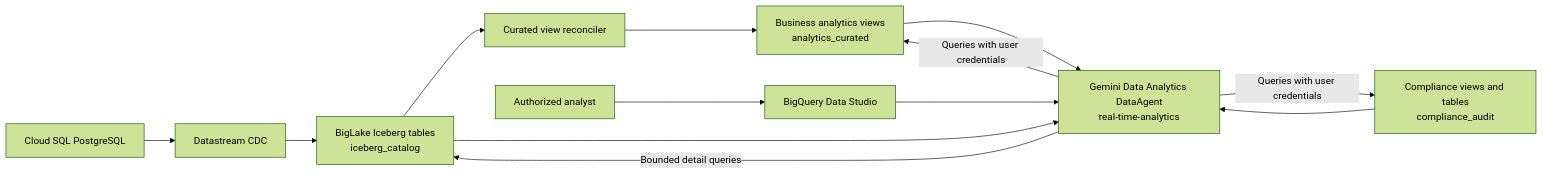
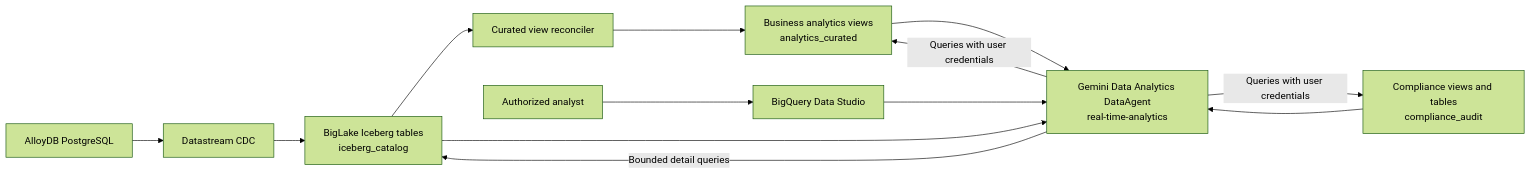
The first of 2 diagrams in docs/architecture/data-platform/real_time_analytics_agent_architecture.md (GoogleCloudPlatform/fsi-gecx-bundle), drawn with Mermaid (forest theme) before and after one commit. The commit also changed other lines of this file and 15 other files, not shown here.

````diff
--- a/docs/architecture/data-platform/real_time_analytics_agent_architecture.md
+++ b/docs/architecture/data-platform/real_time_analytics_agent_architecture.md
@@ -24,25 +24,25 @@
 ```mermaid
 flowchart LR
-    CloudSQL["Cloud SQL PostgreSQL"]
+    AlloyDB["AlloyDB PostgreSQL"]
     Datastream["Datastream CDC"]
     Iceberg["BigLake Iceberg tables<br/>iceberg_catalog"]
     Audit["Compliance views and tables<br/>compliance_audit"]
     Reconciler["Curated view reconciler"]
     Curated["Business analytics views<br/>analytics_curated"]
     Agent["Gemini Data Analytics DataAgent<br/>real-time-analytics"]
     Studio["BigQuery Data Studio"]
     User["Authorized analyst"]
 
-    CloudSQL --> Datastream
+    AlloyDB --> Datastream
     Datastream --> Iceberg
     Iceberg --> Reconciler
     Reconciler --> Curated
     Iceberg --> Agent
     Audit --> Agent
     Curated --> Agent
     User --> Studio
     Studio --> Agent
     Agent -->|"Queries with user credentials"| Curated
     Agent -->|"Queries with user credentials"| Audit
     Agent -->|"Bounded detail queries"| Iceberg
 ```
````
